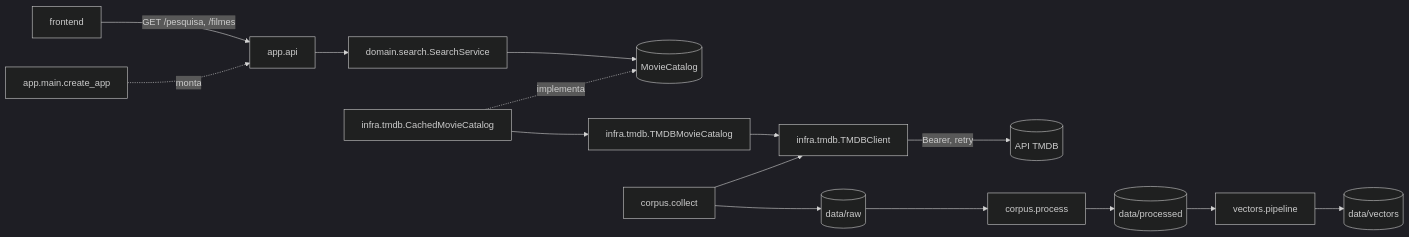
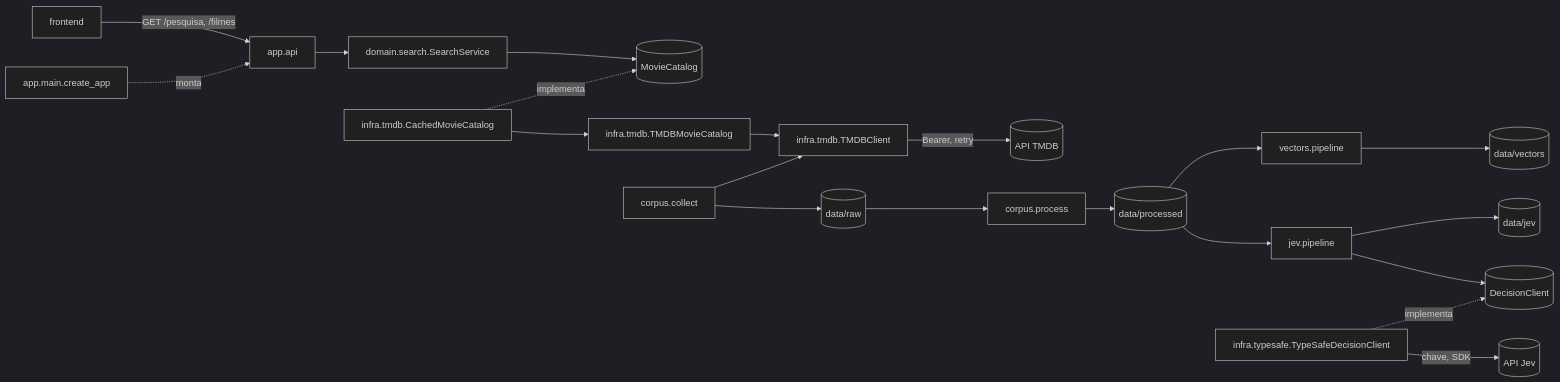
Before and after one commit to KaikeDev/PLN: the diagram in docs/arquitetura.md, drawn with Mermaid (dark theme). The commit also changed other lines of this file and 34 other files, not shown here.

````diff
--- a/docs/arquitetura.md
+++ b/docs/arquitetura.md
@@ -25,15 +27,19 @@
 ```mermaid
 flowchart LR
     UI[frontend] -->|GET /pesquisa, /filmes| API[app.api]
     API --> SVC[domain.search.SearchService]
     SVC --> PORT[(MovieCatalog)]
     CACHE[infra.tmdb.CachedMovieCatalog] -. implementa .-> PORT
     CACHE --> CAT[infra.tmdb.TMDBMovieCatalog]
     CAT --> CLI[infra.tmdb.TMDBClient]
     CLI -->|Bearer, retry| TMDB[(API TMDB)]
     MAIN[app.main.create_app] -. monta .-> API
     COL[corpus.collect] --> CLI
     COL --> RAW[(data/raw)]
     RAW --> PROC[corpus.process] --> PRD[(data/processed)]
     PRD --> VEC[vectors.pipeline] --> VD[(data/vectors)]
+    PRD --> JEV[jev.pipeline] --> JD[(data/jev)]
+    JEV --> DPORT[(DecisionClient)]
+    TS[infra.typesafe.TypeSafeDecisionClient] -. implementa .-> DPORT
+    TS -->|chave, SDK| TSAPI[(API Jev)]
 ```
````
